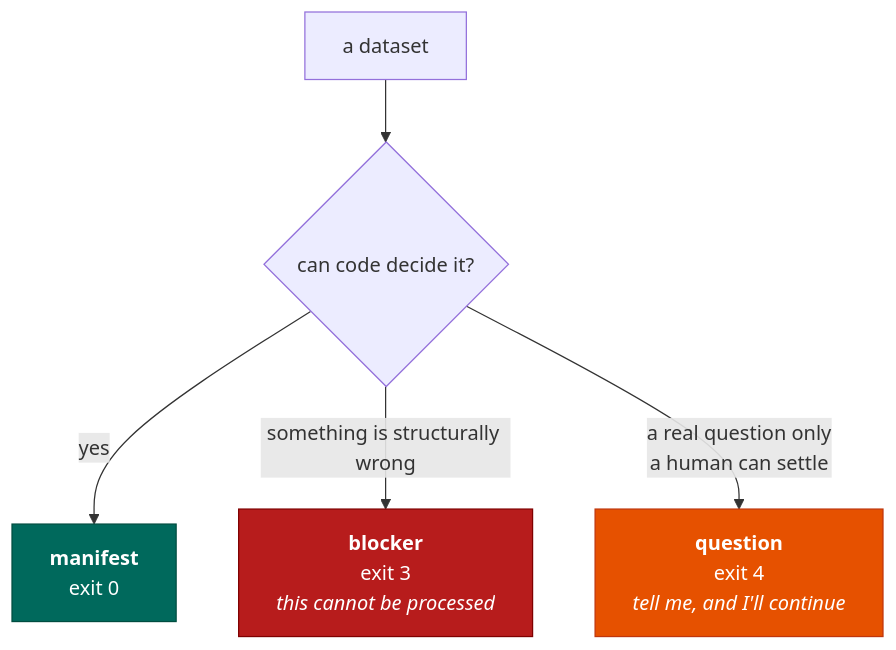
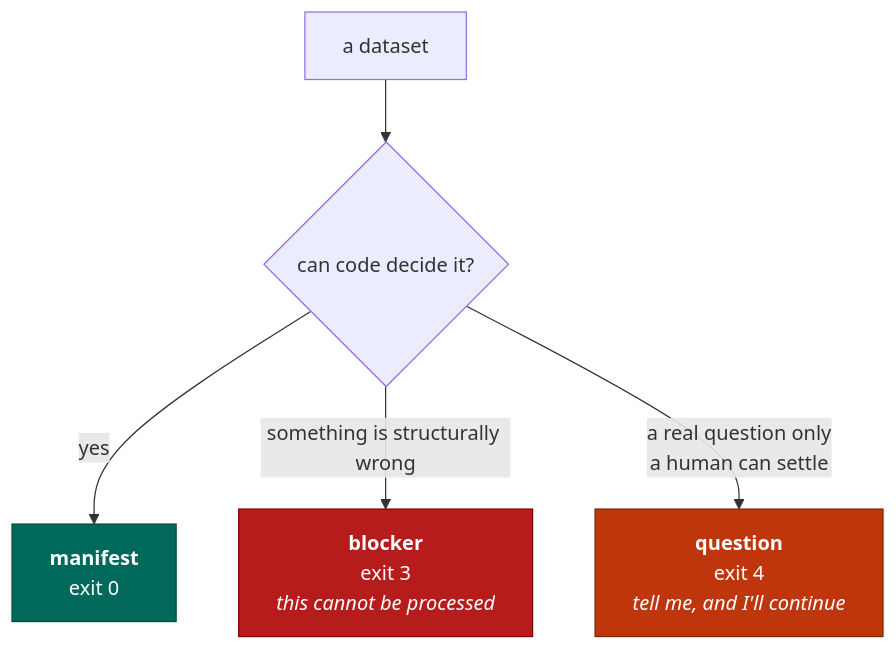
Before and after one commit to liuhlab/seqforge: the first of 2 diagrams in docs/concepts/refusal.md, drawn with Mermaid. The commit also changed other lines of this file, not shown here.

Commit message:
Clear the AA contrast bar on the question boxes
White on deep-orange 500 (#e65100) measures 3.8:1 — legible, but under the
4.5:1 WCAG AA bar for normal text, and the only node colour on the site that
was. Deep-orange 900 (#bf360c) measures 5.6:1 and still reads as orange next
to the red blocker; the stroke is darkened to match the shade-pair pattern
`blocked` already uses.

Measured rather than eyeballed: driving the built site in a browser and reading
the computed colour of every label, all 28 dark-filled nodes across the five
diagrams now sit at >= 5.6:1 against their own fill, under both the default and
slate palettes.

````diff
--- a/docs/concepts/refusal.md
+++ b/docs/concepts/refusal.md
@@ -11,15 +11,15 @@
 ```mermaid
 flowchart TD
     START["a dataset"] --> Q{"can code decide it?"}
     Q -->|yes| OK["<span style='color:#fff'><b>manifest</b><br/>exit 0</span>"]
     Q -->|"something is structurally wrong"| BLK["<span style='color:#fff'><b>blocker</b><br/>exit 3<br/><i>this cannot be processed</i></span>"]
     Q -->|"a real question only<br/>a human can settle"| ASK["<span style='color:#fff'><b>question</b><br/>exit 4<br/><i>tell me, and I'll continue</i></span>"]
 
     %% The inline white <span> is required on dark fills — see the comment in docs/index.md.
     classDef artifact fill:#00695c,stroke:#004d40
     classDef blocked fill:#b71c1c,stroke:#7f0000
-    classDef ask fill:#e65100,stroke:#bf360c
+    classDef ask fill:#bf360c,stroke:#7f2400
     class OK artifact
     class BLK blocked
     class ASK ask
 ```
````
